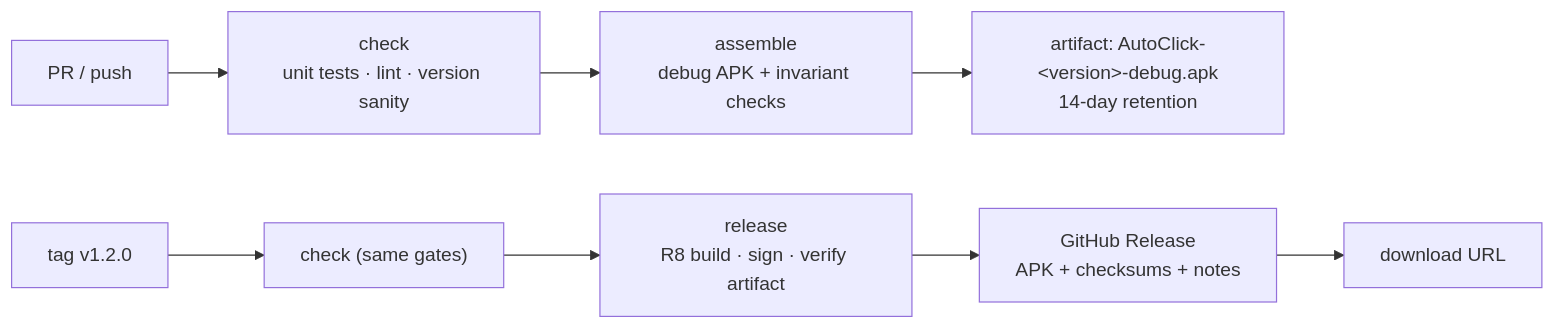
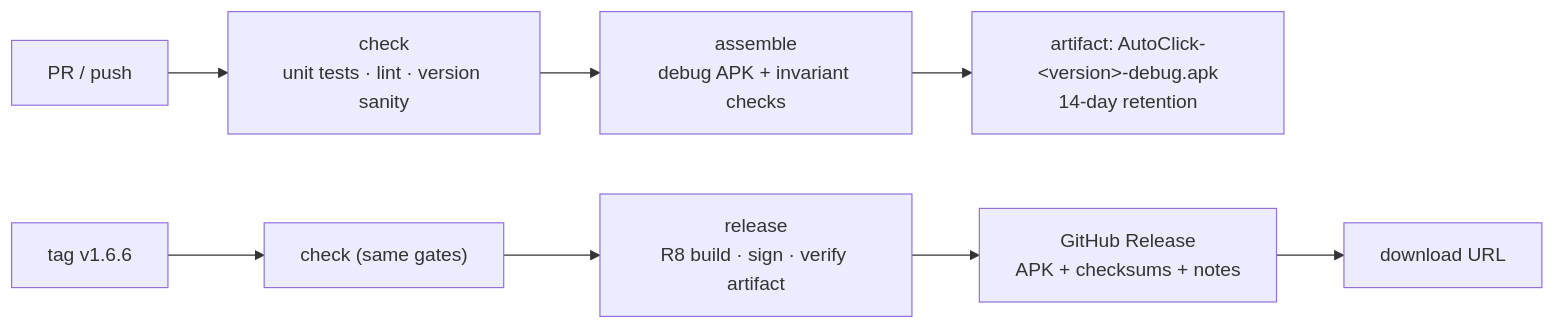
Before and after one commit to activebook/auto-click: the diagram in docs/CI.md, drawn with Mermaid. The commit also changed other lines of this file and 31 other files, not shown here.

````diff
--- a/docs/CI.md
+++ b/docs/CI.md
@@ -50,10 +50,10 @@
 ```mermaid
 flowchart LR
     PR["PR / push"] --> CHECK["check<br/>unit tests · lint · version sanity"]
     CHECK --> BUILD["assemble<br/>debug APK + invariant checks"]
     BUILD --> ART["artifact: AutoClick-&lt;version&gt;-debug.apk<br/>14-day retention"]
-    TAG["tag v1.2.0"] --> CHECK2["check (same gates)"]
+    TAG["tag v1.6.6"] --> CHECK2["check (same gates)"]
     CHECK2 --> REL["release<br/>R8 build · sign · verify artifact"]
     REL --> PUB["GitHub Release<br/>APK + checksums + notes"]
     PUB --> DONE["download URL"]
 ```
````
